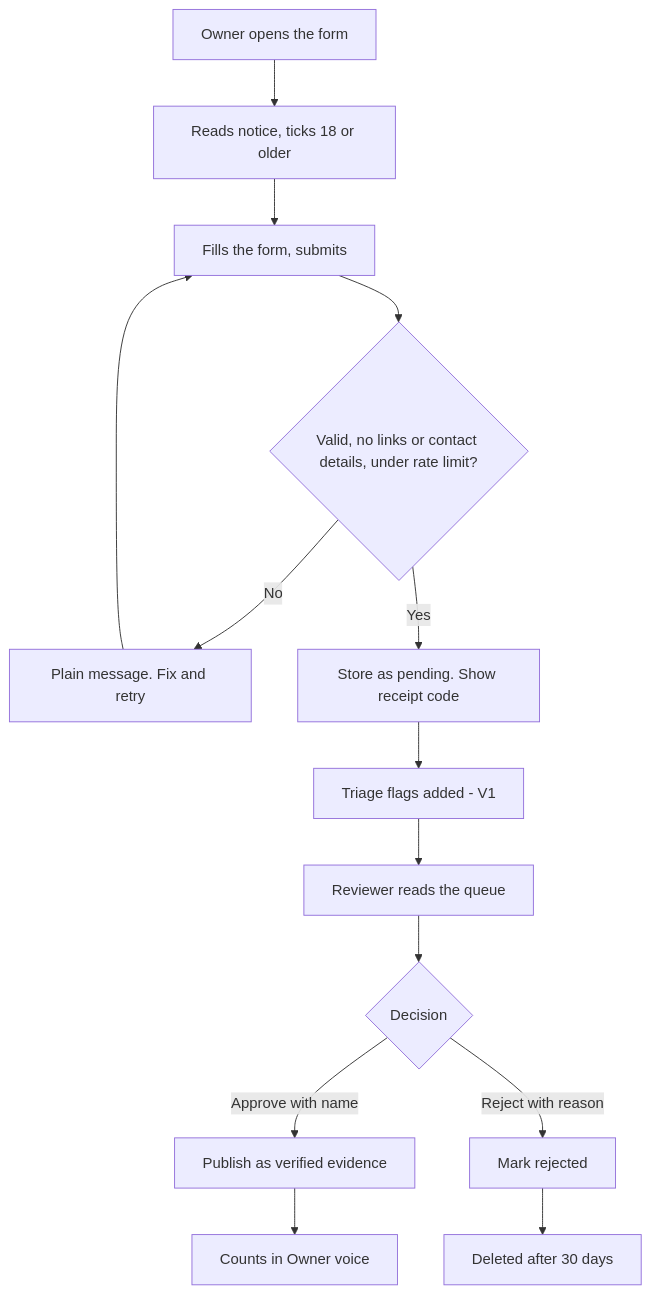
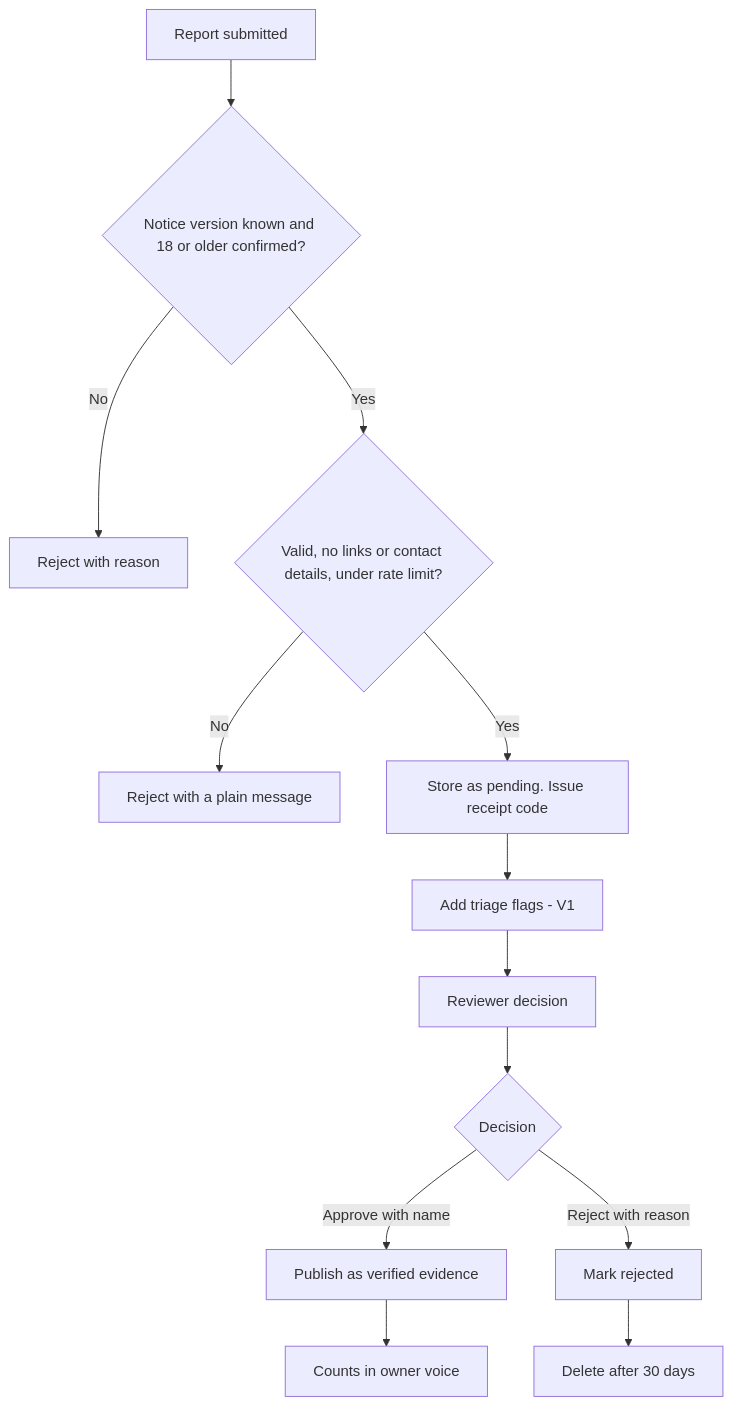
The diagram in lapfit-project/ai-spec/specs/F06_add_my_experience.md (Atharvojha/AIforPMCapstoneProject_Team11), drawn with Mermaid before and after one commit. The commit also changed other lines of this file and 46 other files, not shown here.

````diff
--- a/lapfit-project/ai-spec/specs/F06_add_my_experience.md
+++ b/lapfit-project/ai-spec/specs/F06_add_my_experience.md
@@ -51,16 +53,15 @@
 ```mermaid
 flowchart TD
-  A[Owner opens the form] --> B[Reads notice, ticks 18 or older]
-  B --> C[Fills the form, submits]
-  C --> D{Valid, no links or contact details, under rate limit?}
-  D -->|No| E[Plain message. Fix and retry]
-  E --> C
-  D -->|Yes| F[Store as pending. Show receipt code]
-  F --> G[Triage flags added - V1]
-  G --> H[Reviewer reads the queue]
+  A[Report submitted] --> B{Notice version known and 18 or older confirmed?}
+  B -->|No| C[Reject with reason]
+  B -->|Yes| D{Valid, no links or contact details, under rate limit?}
+  D -->|No| E[Reject with a plain message]
+  D -->|Yes| F[Store as pending. Issue receipt code]
+  F --> G[Add triage flags - V1]
+  G --> H[Reviewer decision]
   H --> I{Decision}
   I -->|Approve with name| J[Publish as verified evidence]
   I -->|Reject with reason| K[Mark rejected]
-  J --> L[Counts in Owner voice]
-  K --> M[Deleted after 30 days]
+  J --> L[Counts in owner voice]
+  K --> M[Delete after 30 days]
 ```
````
